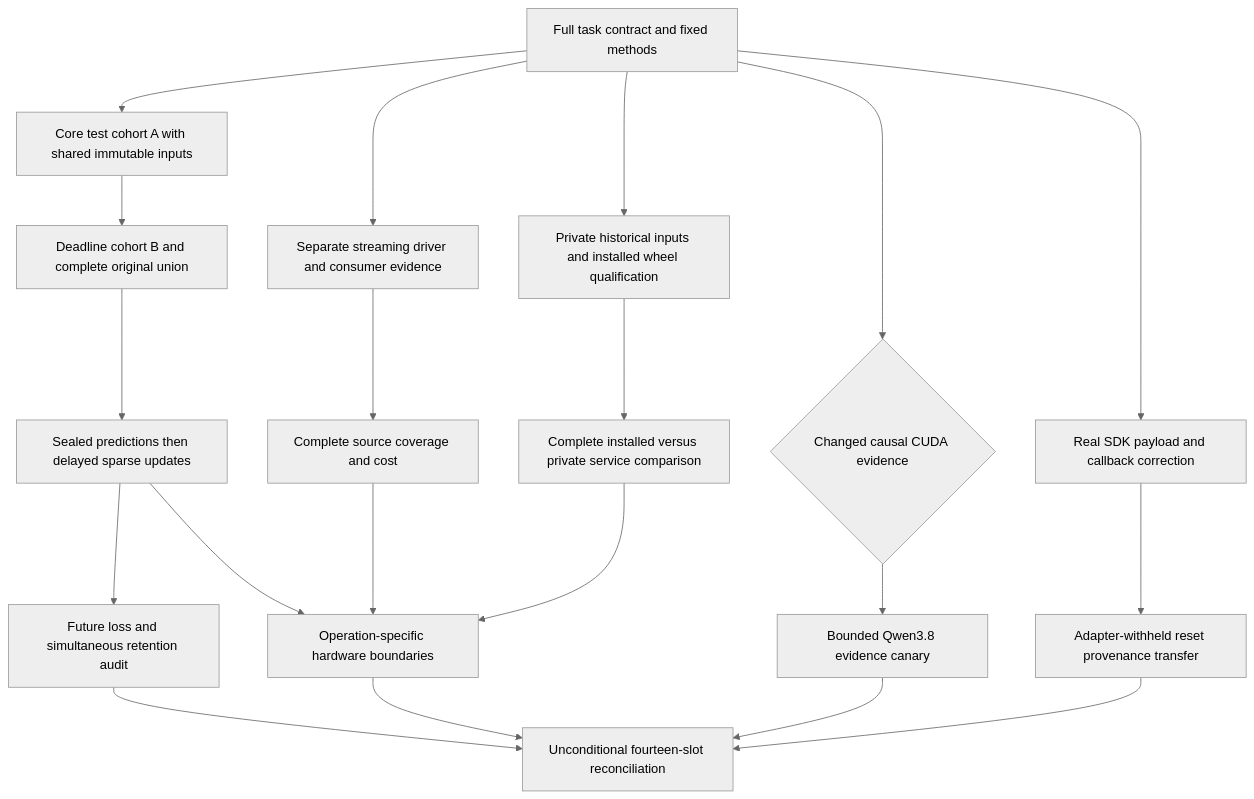
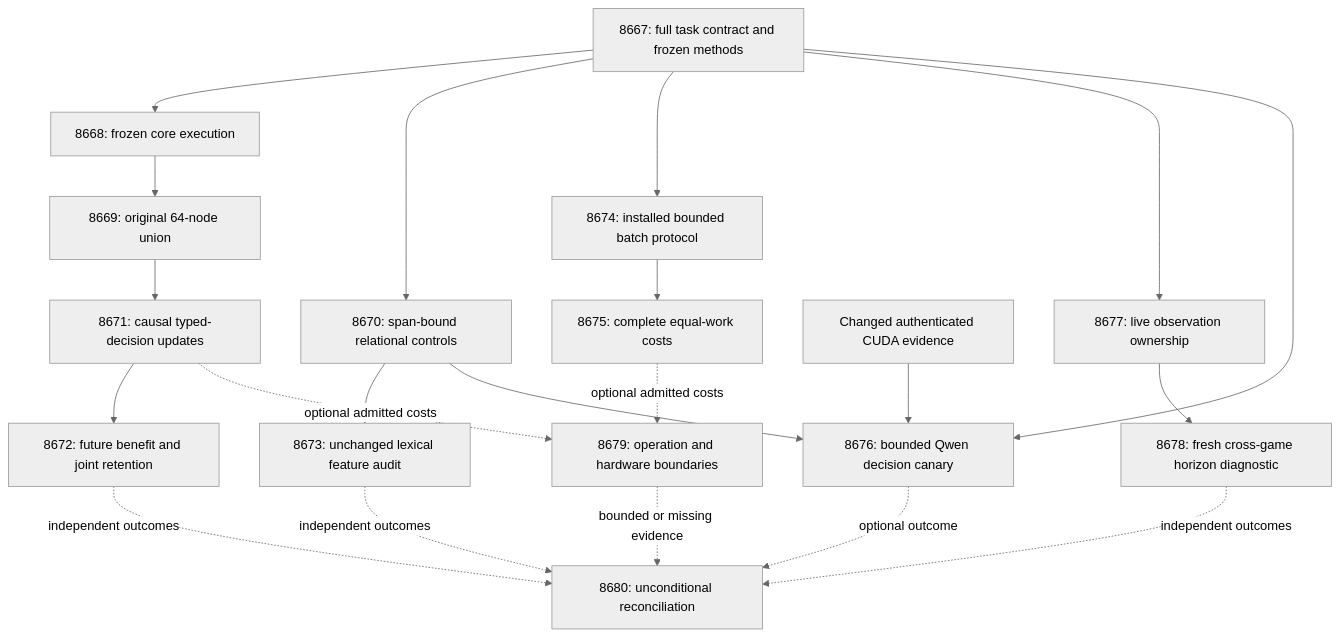
Before and after one commit to Carnot-EBM/carnot-ebm: the diagram in openspec/change-proposals/research-roadmap-vNEXT.md, drawn with Mermaid (neutral theme). The commit also changed other lines of this file and 18 other files, not shown here.

````diff
--- a/openspec/change-proposals/research-roadmap-vNEXT.md
+++ b/openspec/change-proposals/research-roadmap-vNEXT.md
@@ -119,22 +60,32 @@
 ```mermaid
 flowchart TD
-    A[Full task contract and fixed methods] --> B[Core test cohort A with shared immutable inputs]
-    B --> C[Deadline cohort B and complete original union]
-    C --> D[Sealed predictions then delayed sparse updates]
-    D --> E[Future loss and simultaneous retention audit]
-    A --> F[Separate streaming driver and consumer evidence]
-    F --> G[Complete source coverage and cost]
-    A --> H[Private historical inputs and installed wheel qualification]
-    H --> I[Complete installed versus private service comparison]
-    A --> J{Changed causal CUDA evidence}
-    J --> K[Bounded Qwen3.8 evidence canary]
-    A --> L[Real SDK payload and callback correction]
-    L --> M[Adapter-withheld reset provenance transfer]
-    D --> N[Operation-specific hardware boundaries]
-    G --> N
-    I --> N
-    E --> O[Unconditional fourteen-slot reconciliation]
-    K --> O
-    M --> O
-    N --> O
+    Contract[8667: full task contract and frozen methods]
+    Core[8668: frozen core execution]
+    Union[8669: original 64-node union]
+    Stream[8671: causal typed-decision updates]
+    Audit[8672: future benefit and joint retention]
+    Corpus[8670: span-bound relational controls]
+    Features[8673: unchanged lexical feature audit]
+    Batch[8674: installed bounded batch protocol]
+    Cost[8675: complete equal-work costs]
+    Runtime[Changed authenticated CUDA evidence]
+    Canary[8676: bounded Qwen decision canary]
+    Owner[8677: live observation ownership]
+    ARC[8678: fresh cross-game horizon diagnostic]
+    HW[8679: operation and hardware boundaries]
+    Close[8680: unconditional reconciliation]
+    Contract --> Core --> Union --> Stream --> Audit
+    Contract --> Corpus --> Features
+    Contract --> Batch --> Cost
+    Contract --> Owner --> ARC
+    Runtime --> Canary
+    Contract --> Canary
+    Corpus --> Canary
+    Stream -. optional admitted costs .-> HW
+    Cost -. optional admitted costs .-> HW
+    Audit -. independent outcomes .-> Close
+    Features -. independent outcomes .-> Close
+    Canary -. optional outcome .-> Close
+    ARC -. independent outcomes .-> Close
+    HW -. bounded or missing evidence .-> Close
 ```
````
